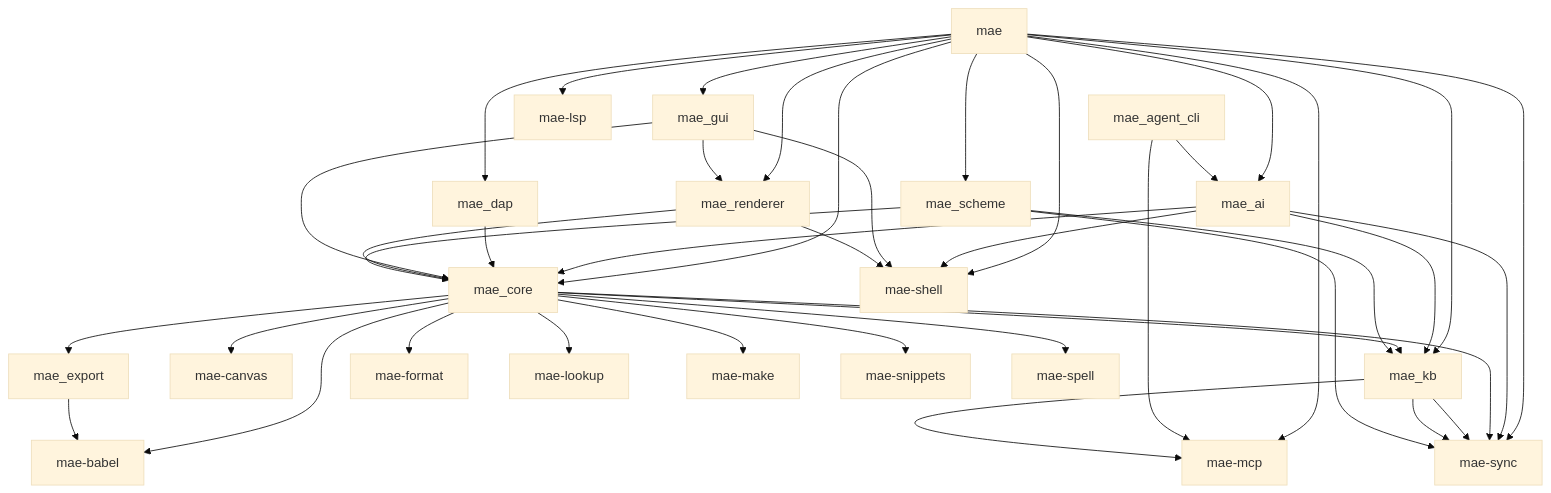
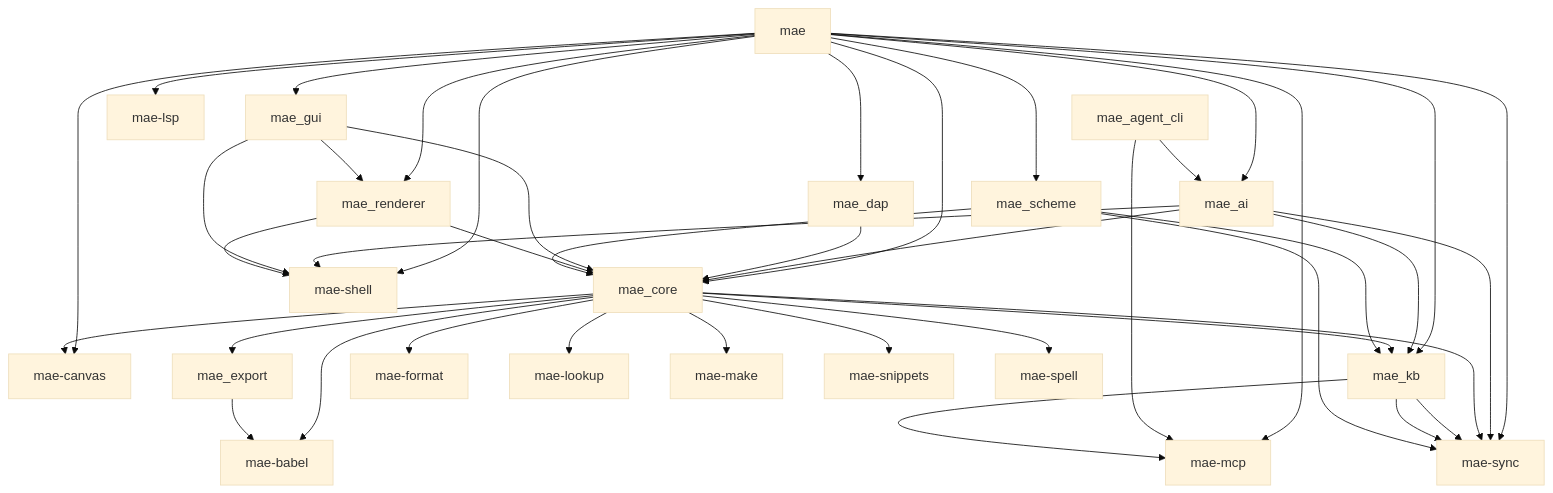
One commit to cuttlefisch/mae changed the diagram in docs/CODE_MAP.md. Above: the diagram before and after it, drawn with Mermaid (base theme). The commit also changed other lines of this file and 14 other files, not shown here.

First line of the commit message:
feat(core): add BufferKind::Graph + GraphView + graph_view_ops (Part C Phase 1)

````diff
--- a/docs/CODE_MAP.md
+++ b/docs/CODE_MAP.md
@@ -7,54 +7,55 @@
 ```mermaid
 graph TD
     mae --> mae_ai
+    mae --> mae_canvas
     mae --> mae_core
     mae --> mae_dap
     mae --> mae_gui
     mae --> mae_kb
     mae --> mae_lsp
     mae --> mae_mcp
     mae --> mae_renderer
     mae --> mae_scheme
     mae --> mae_shell
     mae --> mae_sync
     mae_agent_cli --> mae_ai
     mae_agent_cli --> mae_mcp
     mae_ai --> mae_core
     mae_ai --> mae_kb
     mae_ai --> mae_shell
     mae_ai --> mae_sync
     mae_babel[mae-babel]
     mae_canvas[mae-canvas]
     mae_core --> mae_babel
     mae_core --> mae_canvas
     mae_core --> mae_export
     mae_core --> mae_format
     mae_core --> mae_kb
     mae_core --> mae_lookup
     mae_core --> mae_make
     mae_core --> mae_snippets
     mae_core --> mae_spell
     mae_core --> mae_sync
     mae_dap --> mae_core
     mae_export --> mae_babel
     mae_format[mae-format]
     mae_gui --> mae_core
     mae_gui --> mae_renderer
     mae_gui --> mae_shell
     mae_kb --> mae_mcp
     mae_kb --> mae_sync
     mae_kb --> mae_sync
     mae_lookup[mae-lookup]
     mae_lsp[mae-lsp]
     mae_make[mae-make]
     mae_mcp[mae-mcp]
     mae_renderer --> mae_core
     mae_renderer --> mae_shell
     mae_scheme --> mae_core
     mae_scheme --> mae_kb
     mae_scheme --> mae_sync
     mae_shell[mae-shell]
     mae_snippets[mae-snippets]
     mae_spell[mae-spell]
     mae_sync[mae-sync]
 ```
````
